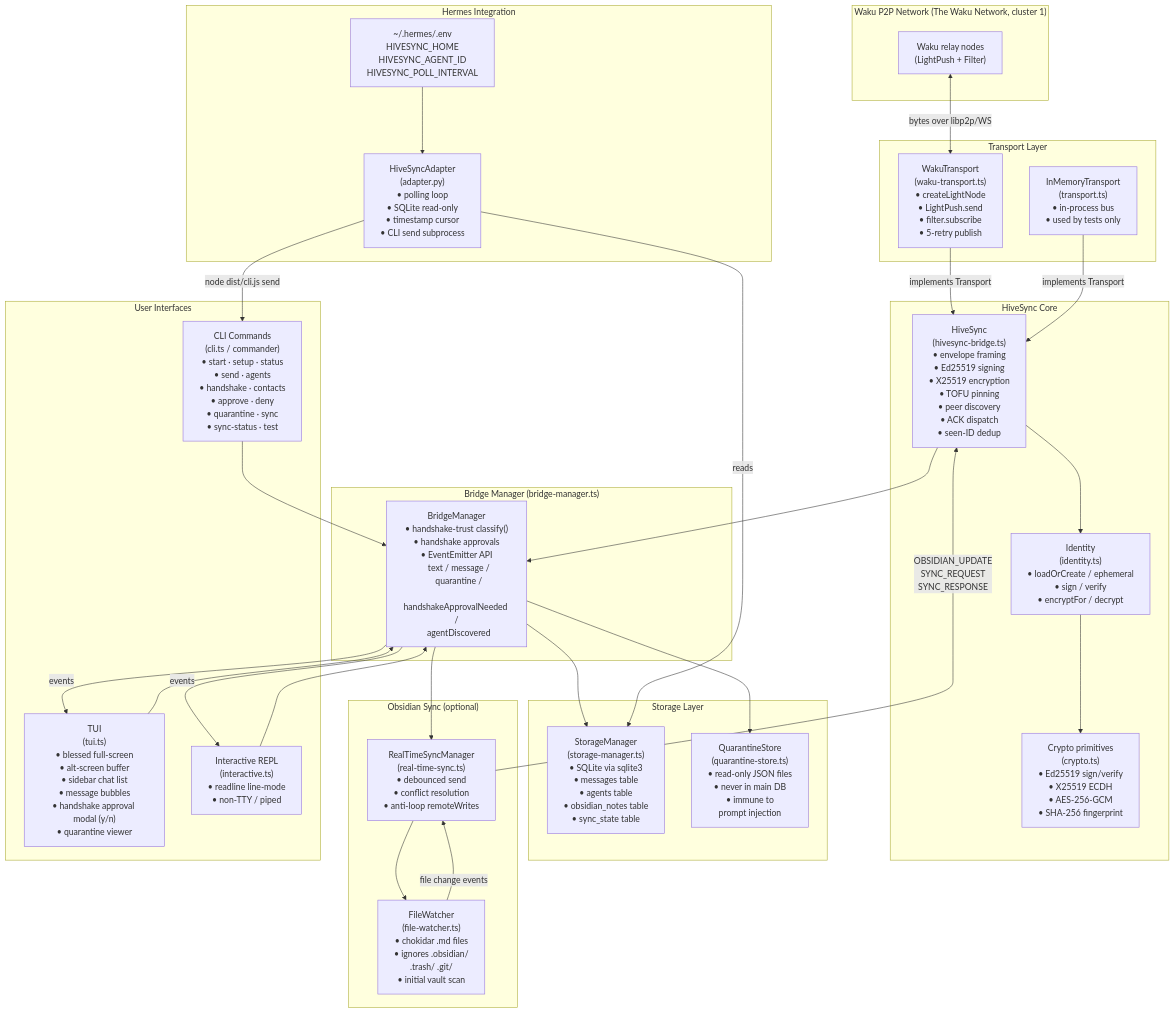
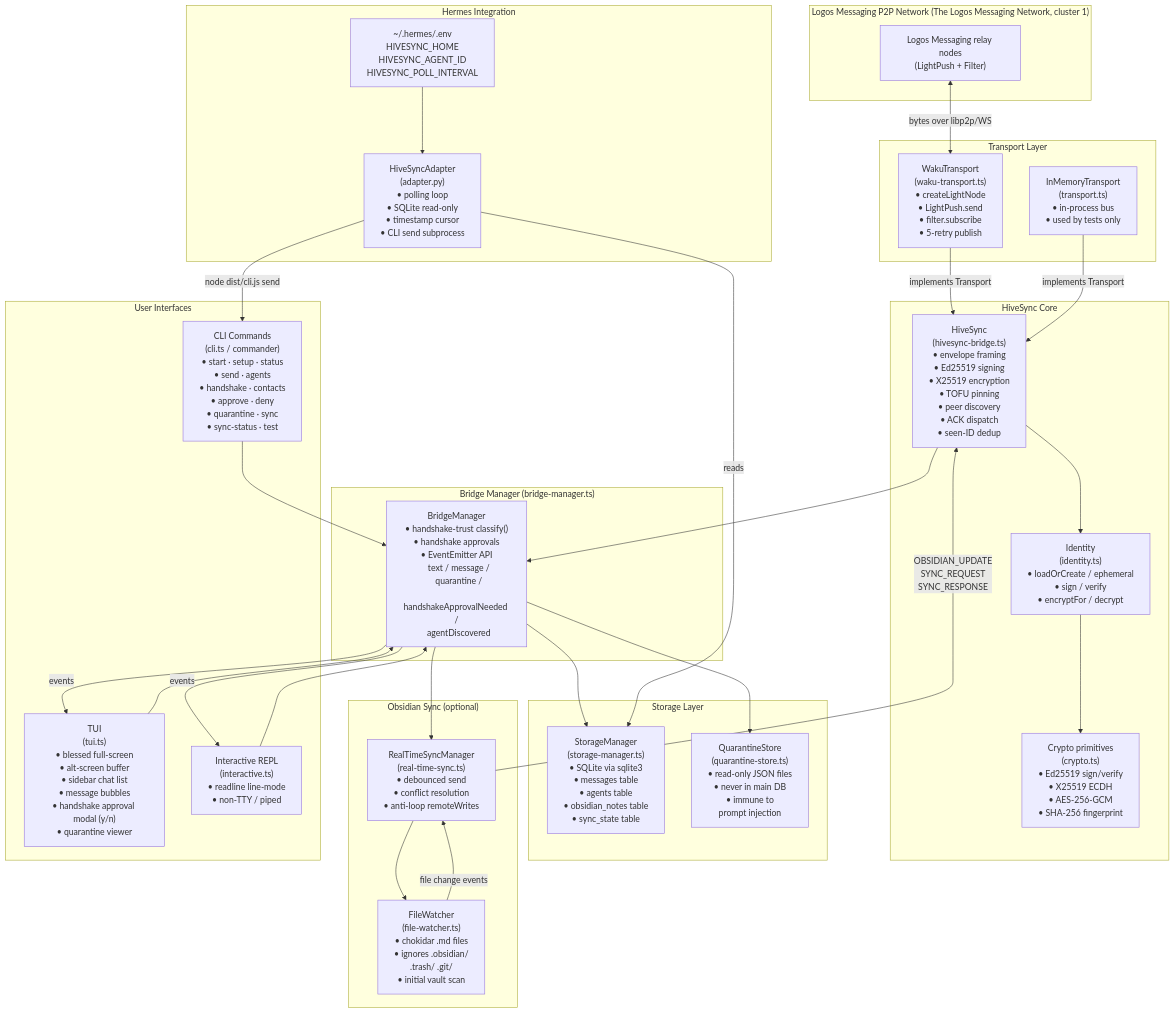
The first of 3 diagrams in ARCHITECTURE.md (daoism-systems/hivesync), drawn with Mermaid before and after one commit. The commit also changed other lines of this file and 35 other files, not shown here.

First line of the commit message:
docs: rebrand Waku → Logos Messaging in user-facing text

````diff
--- a/ARCHITECTURE.md
+++ b/ARCHITECTURE.md
@@ -15,63 +15,63 @@
 ```mermaid
 graph TB
-    subgraph P2P["Waku P2P Network (The Waku Network, cluster 1)"]
-        WN["Waku relay nodes\n(LightPush + Filter)"]
+    subgraph P2P["Logos Messaging P2P Network (The Logos Messaging Network, cluster 1)"]
+        WN["Logos Messaging relay nodes\n(LightPush + Filter)"]
     end
 
     subgraph Transport["Transport Layer"]
         WT["WakuTransport\n(waku-transport.ts)\n• createLightNode\n• LightPush.send\n• filter.subscribe\n• 5-retry publish"]
         IMT["InMemoryTransport\n(transport.ts)\n• in-process bus\n• used by tests only"]
     end
 
     subgraph Core["HiveSync Core"]
         HS["HiveSync\n(hivesync-bridge.ts)\n• envelope framing\n• Ed25519 signing\n• X25519 encryption\n• TOFU pinning\n• peer discovery\n• ACK dispatch\n• seen-ID dedup"]
         ID["Identity\n(identity.ts)\n• loadOrCreate / ephemeral\n• sign / verify\n• encryptFor / decrypt"]
         CR["Crypto primitives\n(crypto.ts)\n• Ed25519 sign/verify\n• X25519 ECDH\n• AES-256-GCM\n• SHA-256 fingerprint"]
     end
 
     subgraph Manager["Bridge Manager (bridge-manager.ts)"]
         BM["BridgeManager\n• handshake-trust classify()\n• handshake approvals\n• EventEmitter API\n  text / message /\n  quarantine /\n  handshakeApprovalNeeded /\n  agentDiscovered"]
     end
 
     subgraph Storage["Storage Layer"]
         SM["StorageManager\n(storage-manager.ts)\n• SQLite via sqlite3\n• messages table\n• agents table\n• obsidian_notes table\n• sync_state table"]
         QS["QuarantineStore\n(quarantine-store.ts)\n• read-only JSON files\n• never in main DB\n• immune to\n  prompt injection"]
     end
 
     subgraph Sync["Obsidian Sync (optional)"]
         RS["RealTimeSyncManager\n(real-time-sync.ts)\n• debounced send\n• conflict resolution\n• anti-loop remoteWrites"]
         FW["FileWatcher\n(file-watcher.ts)\n• chokidar .md files\n• ignores .obsidian/\n  .trash/ .git/\n• initial vault scan"]
     end
 
     subgraph UI["User Interfaces"]
         TUI["TUI\n(tui.ts)\n• blessed full-screen\n• alt-screen buffer\n• sidebar chat list\n• message bubbles\n• handshake approval modal (y/n)\n• quarantine viewer"]
         REPL["Interactive REPL\n(interactive.ts)\n• readline line-mode\n• non-TTY / piped"]
         CLI["CLI Commands\n(cli.ts / commander)\n• start · setup · status\n• send · agents\n• handshake · contacts\n• approve · deny\n• quarantine · sync\n• sync-status · test"]
     end
 
     subgraph Hermes["Hermes Integration"]
         HA["HiveSyncAdapter\n(adapter.py)\n• polling loop\n• SQLite read-only\n• timestamp cursor\n• CLI send subprocess"]
         HE["~/.hermes/.env\nHIVESYNC_HOME\nHIVESYNC_AGENT_ID\nHIVESYNC_POLL_INTERVAL"]
     end
 
     WN <-->|"bytes over libp2p/WS"| WT
     WT -->|"implements Transport"| HS
     IMT -->|"implements Transport"| HS
     HS --> ID
     ID --> CR
     HS --> BM
     BM --> SM
     BM --> QS
     BM --> RS
     RS --> FW
     FW -->|"file change events"| RS
     RS -->|"OBSIDIAN_UPDATE\nSYNC_REQUEST\nSYNC_RESPONSE"| HS
     BM -->|"events"| TUI
     BM -->|"events"| REPL
     CLI --> BM
     TUI --> BM
     REPL --> BM
     HA -->|"reads"| SM
     HA -->|"node dist/cli.js send"| CLI
     HE --> HA
 ```
````
